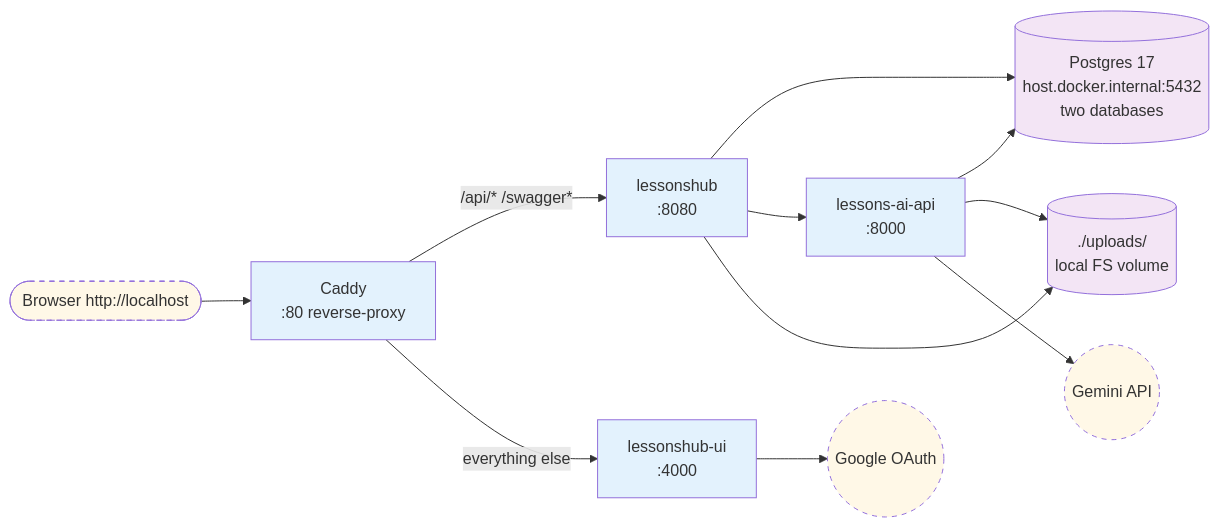
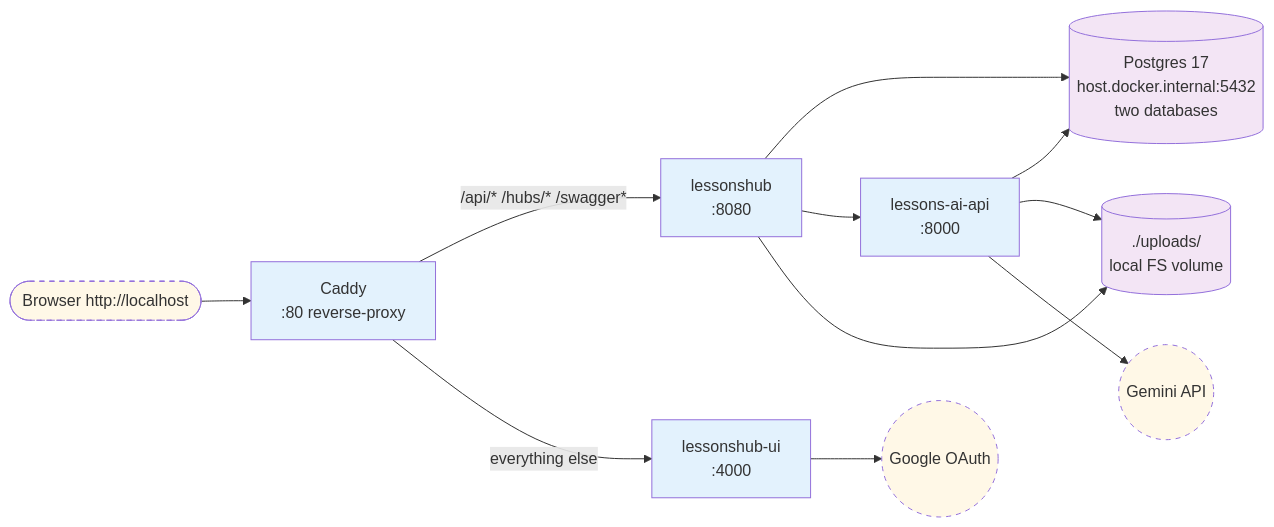
Before and after one commit to Dockdep/LessonHub: the second of 4 diagrams in diagrams/01-cloud-architecture.md, drawn with Mermaid. The commit also changed other lines of this file and 33 other files, not shown here.

````diff
--- a/diagrams/01-cloud-architecture.md
+++ b/diagrams/01-cloud-architecture.md
@@ -76,27 +78,27 @@
 ```mermaid
 flowchart LR
   classDef external stroke-dasharray: 5 5,fill:#fff8e7
   classDef internal fill:#e3f2fd
   classDef data fill:#f3e5f5
 
   user([Browser http://localhost]):::external
   caddy[Caddy<br/>:80 reverse-proxy]:::internal
   ui[lessonshub-ui<br/>:4000]:::internal
   api[lessonshub<br/>:8080]:::internal
   ai[lessons-ai-api<br/>:8000]:::internal
   pg[(Postgres 17<br/>host.docker.internal:5432<br/>two databases)]:::data
   uploads[(./uploads/<br/>local FS volume)]:::data
   google((Google OAuth)):::external
   gemini((Gemini API)):::external
 
   user --> caddy
-  caddy -- /api/* /swagger* --> api
+  caddy -- /api/* /hubs/* /swagger* --> api
   caddy -- everything else --> ui
   ui --> google
   api --> pg
   api --> ai
   api --> uploads
   ai --> pg
   ai --> uploads
   ai --> gemini
 ```
````
